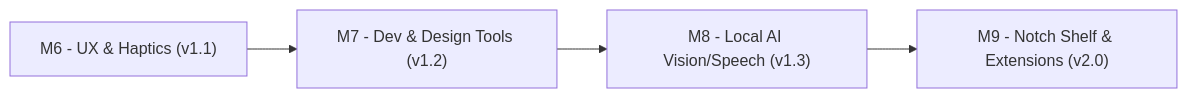
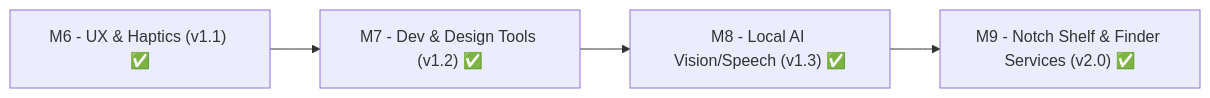
Before and after one commit to fury-fish/DropLab: the first of 2 diagrams in ROADMAP.md, drawn with Mermaid. The commit also changed other lines of this file and 1 other file, not shown here.

Commit message:
docs: update README matrix and ROADMAP with Phase 2 v2.0 completion and Phase 3 iOS companion plan

````diff
--- a/ROADMAP.md
+++ b/ROADMAP.md
@@ -39,6 +40,6 @@
 ```mermaid
 flowchart LR
-    M6["M6 - UX & Haptics (v1.1)"] --> M7["M7 - Dev & Design Tools (v1.2)"]
-    M7 --> M8["M8 - Local AI Vision/Speech (v1.3)"]
-    M8 --> M9["M9 - Notch Shelf & Extensions (v2.0)"]
+    M6["M6 - UX & Haptics (v1.1) ✅"] --> M7["M7 - Dev & Design Tools (v1.2) ✅"]
+    M7 --> M8["M8 - Local AI Vision/Speech (v1.3) ✅"]
+    M8 --> M9["M9 - Notch Shelf & Finder Services (v2.0) ✅"]
 ```
````
